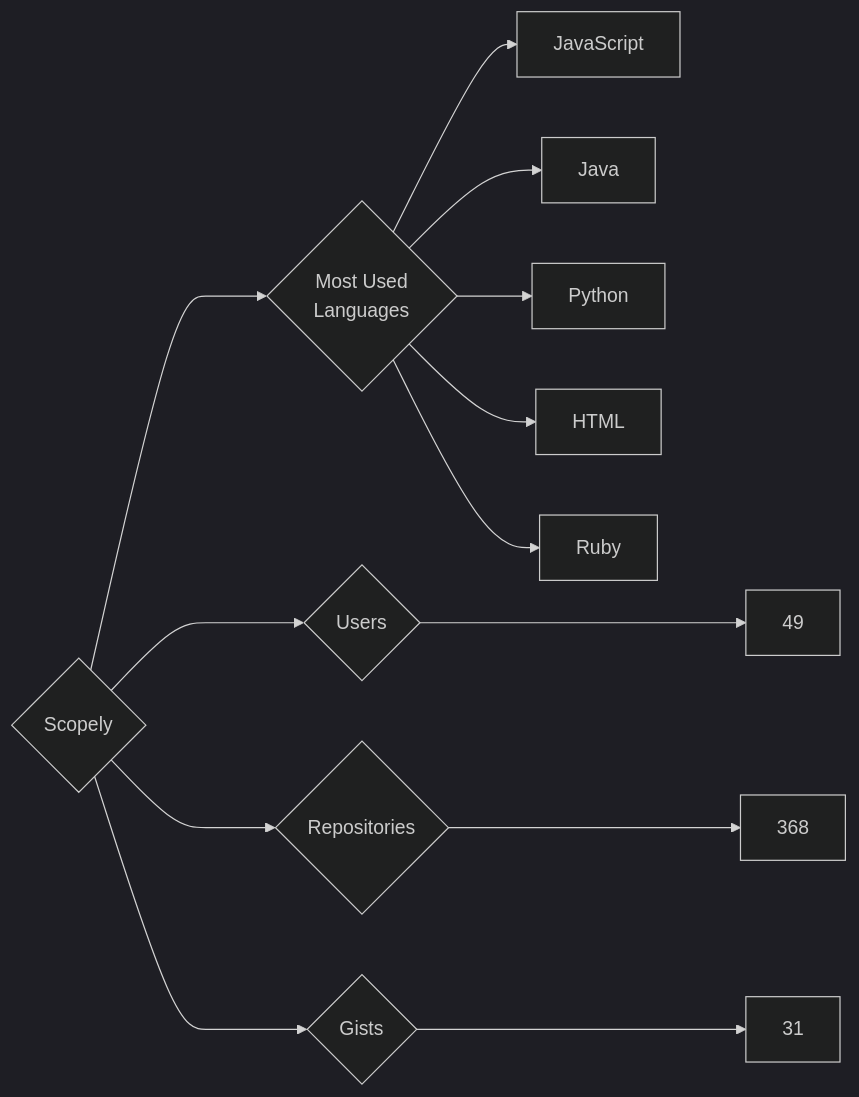
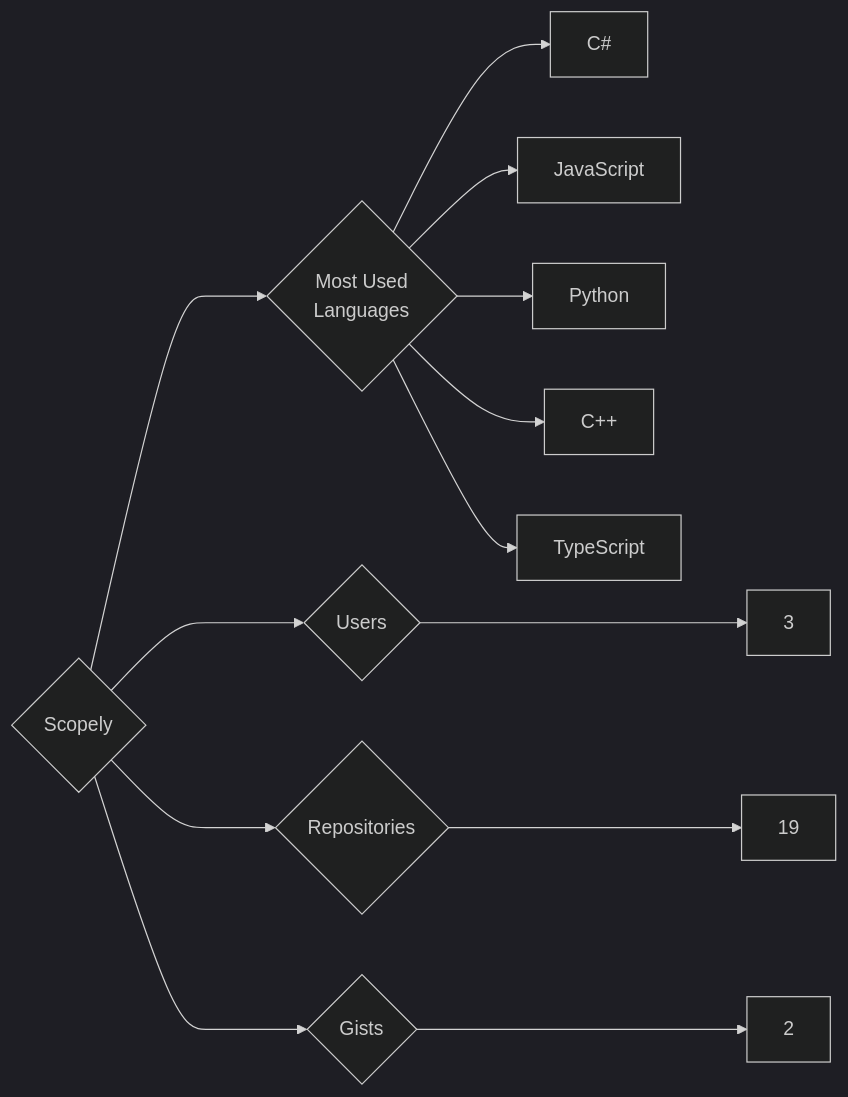
Before and after one commit to trickest/insiders: the diagram in targets/Scopely/README.md, drawn with Mermaid (dark theme). The commit also changed 829 other files, not shown here.

````diff
--- a/targets/Scopely/README.md
+++ b/targets/Scopely/README.md
@@ -3,13 +3,13 @@
 ```mermaid
 graph LR
 COMPANY_NAME{Scopely}
-COMPANY_NAME ---> U{Users} ---> UN[49]
-COMPANY_NAME ---> R{Repositories} ---> RN[368]
-COMPANY_NAME ---> G{Gists} ---> GN[31]
+COMPANY_NAME ---> U{Users} ---> UN[3]
+COMPANY_NAME ---> R{Repositories} ---> RN[19]
+COMPANY_NAME ---> G{Gists} ---> GN[2]
 COMPANY_NAME ---> ML{Most Used<br>Languages}
+ML --> C#[C#]
 ML --> JavaScript[JavaScript]
-ML --> Java[Java]
 ML --> Python[Python]
-ML --> HTML[HTML]
-ML --> Ruby[Ruby]
+ML --> C++[C++]
+ML --> TypeScript[TypeScript]
 ```
````
